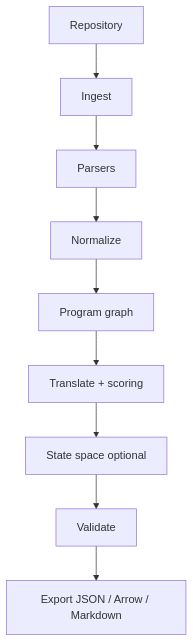
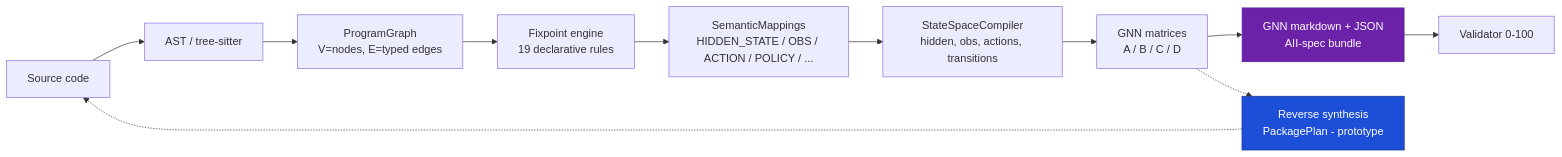
Before and after one commit to ActiveInferenceInstitute/COGANT: the diagram in cogant/README.md, drawn with Mermaid. The commit also changed other lines of this file, not shown here.

````diff
--- a/cogant/README.md
+++ b/cogant/README.md
@@ -181,11 +86,17 @@
 ```mermaid
-flowchart TD
-  A[Repository] --> B[Ingest]
-  B --> C[Parsers]
-  C --> D[Normalize]
-  D --> E[Program graph]
-  E --> F[Translate + scoring]
-  F --> G[State space optional]
-  G --> H[Validate]
-  H --> I[Export JSON / Arrow / Markdown]
+flowchart LR
+    A[Source code] --> B[AST / tree-sitter]
+    B --> C[ProgramGraph\nV=nodes, E=typed edges]
+    C --> D[Fixpoint engine\n19 declarative rules]
+    D --> E[SemanticMappings\nHIDDEN_STATE / OBS / ACTION / POLICY / ...]
+    E --> F[StateSpaceCompiler\nhidden, obs, actions, transitions]
+    F --> G[GNN matrices\nA / B / C / D]
+    G --> H[GNN markdown + JSON\nAII-spec bundle]
+    H --> I[Validator 0-100]
+    G -.-> J[Reverse synthesis\nPackagePlan - prototype]
+    J -.-> A
+    classDef hot fill:#6B21A8,color:#fff,stroke:#4C1D95
+    classDef cool fill:#1D4ED8,color:#fff,stroke:#1E3A8A
+    class H hot
+    class J cool
 ```
````
